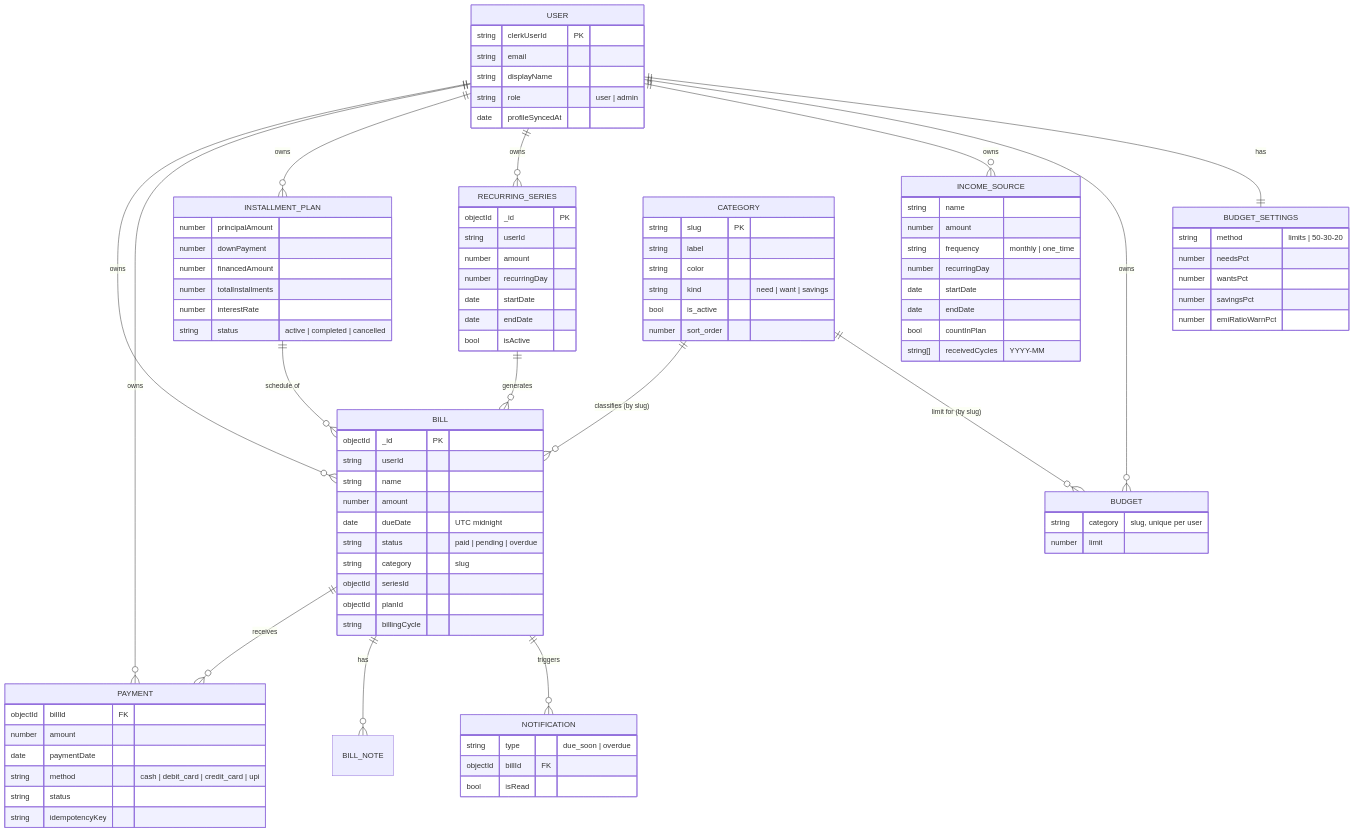
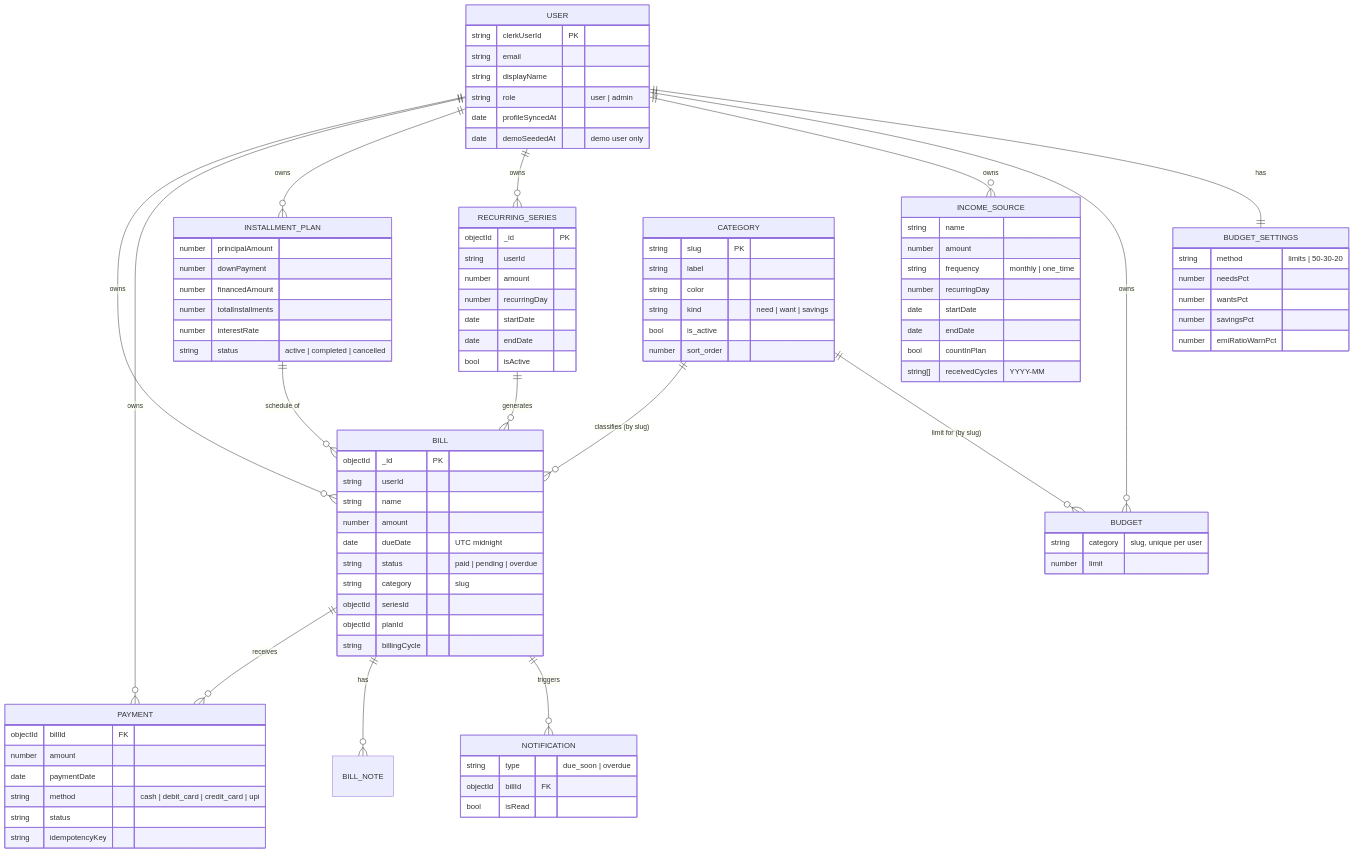
One commit to BonjourCloud/billflow-dashboard changed the eighth of 20 diagrams in docs/TECHNICAL-DESIGN.md. Above: the diagram before and after it, drawn with Mermaid. The commit also changed other lines of this file and 32 other files, not shown here.

First line of the commit message:
feat: one-click demo account with seeded sample data

```diff
--- a/docs/TECHNICAL-DESIGN.md
+++ b/docs/TECHNICAL-DESIGN.md
@@ -626,6 +631,7 @@
         string displayName
         string role "user | admin"
         date profileSyncedAt
+        date demoSeededAt "demo user only"
     }
     BILL {
         objectId _id PK
```
